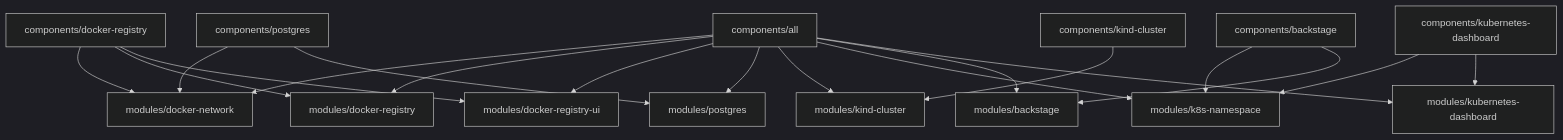
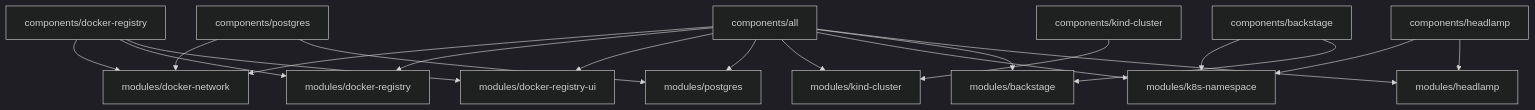
Before and after one commit to medimohammadise/elegant-infra-engine: the second of 3 diagrams in README.md, drawn with Mermaid (dark theme). The commit also changed other lines of this file and 92 other files, not shown here.

Commit message:
feat: replace Kubernetes Dashboard with Headlamp

````diff
--- a/README.md
+++ b/README.md
@@ -50,24 +50,24 @@
 ```mermaid
 flowchart TD
   All["components/all"] --> DockerNetwork["modules/docker-network"]
   All --> Registry["modules/docker-registry"]
   All --> RegistryUI["modules/docker-registry-ui"]
   All --> Postgres["modules/postgres"]
   All --> Kind["modules/kind-cluster"]
   All --> Namespace["modules/k8s-namespace"]
   All --> Backstage["modules/backstage"]
-  All --> Dashboard["modules/kubernetes-dashboard"]
+  All --> Headlamp["modules/headlamp"]
 
   RegistryComponent["components/docker-registry"] --> DockerNetwork
   RegistryComponent --> Registry
   RegistryComponent --> RegistryUI
 
   PostgresComponent["components/postgres"] --> DockerNetwork
   PostgresComponent --> Postgres
 
   KindComponent["components/kind-cluster"] --> Kind
   BackstageComponent["components/backstage"] --> Namespace
   BackstageComponent --> Backstage
-  DashboardComponent["components/kubernetes-dashboard"] --> Namespace
-  DashboardComponent --> Dashboard
+  HeadlampComponent["components/headlamp"] --> Namespace
+  HeadlampComponent --> Headlamp
 ```
````
